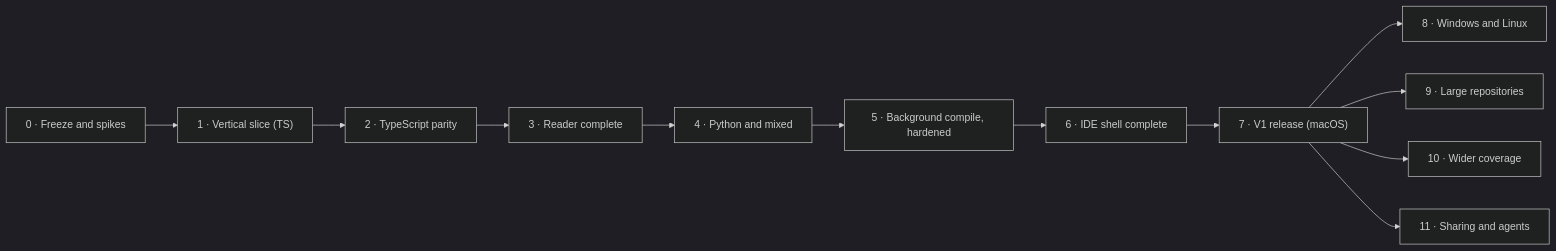
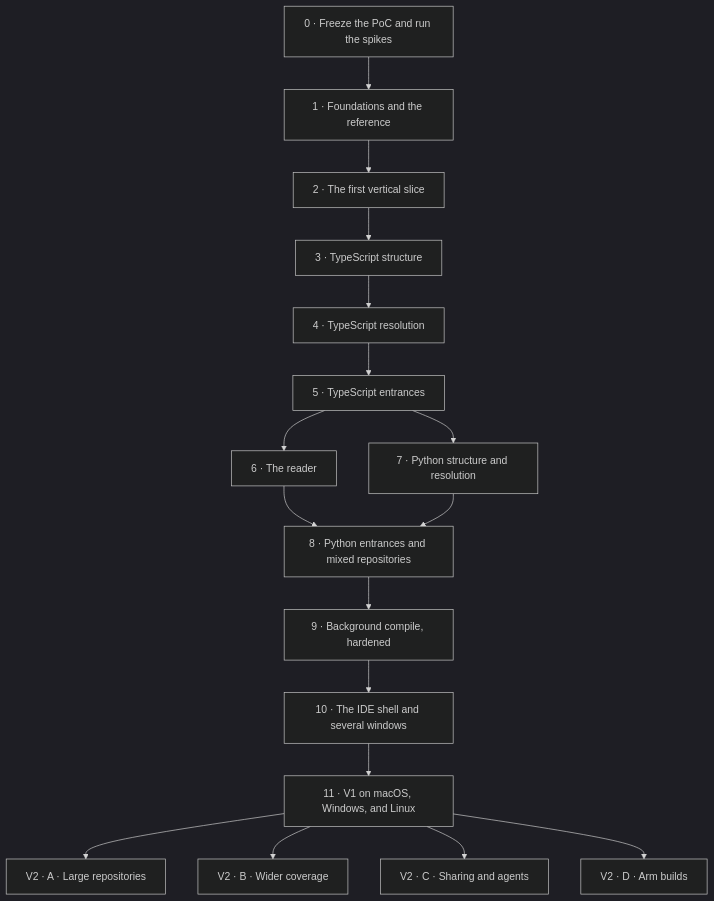
One commit to Lazar-Agoev/unfold changed the diagram in docs/migration-plan.md. Above: the diagram before and after it, drawn with Mermaid (dark theme). The commit also changed other lines of this file and 2566 other files, not shown here.

````diff
--- a/docs/migration-plan.md
+++ b/docs/migration-plan.md
@@ -97,14 +125,19 @@
 ```mermaid
-flowchart LR
-    P0["0 · Freeze and spikes"] --> P1["1 · Vertical slice (TS)"]
-    P1 --> P2["2 · TypeScript parity"]
-    P2 --> P3["3 · Reader complete"]
-    P3 --> P4["4 · Python and mixed"]
-    P4 --> P5["5 · Background compile, hardened"]
-    P5 --> P6["6 · IDE shell complete"]
-    P6 --> P7["7 · V1 release (macOS)"]
-    P7 --> P8["8 · Windows and Linux"]
-    P7 --> P9["9 · Large repositories"]
-    P7 --> P10["10 · Wider coverage"]
-    P7 --> P11["11 · Sharing and agents"]
+flowchart TD
+    S0["0 · Freeze the PoC and run the spikes"] --> S1["1 · Foundations and the reference"]
+    S1 --> S2["2 · The first vertical slice"]
+    S2 --> S3["3 · TypeScript structure"]
+    S3 --> S4["4 · TypeScript resolution"]
+    S4 --> S5["5 · TypeScript entrances"]
+    S5 --> S6["6 · The reader"]
+    S5 --> S7["7 · Python structure and resolution"]
+    S6 --> S8["8 · Python entrances and mixed repositories"]
+    S7 --> S8
+    S8 --> S9["9 · Background compile, hardened"]
+    S9 --> S10["10 · The IDE shell and several windows"]
+    S10 --> S11["11 · V1 on macOS, Windows, and Linux"]
+    S11 --> A["V2 · A · Large repositories"]
+    S11 --> B["V2 · B · Wider coverage"]
+    S11 --> C["V2 · C · Sharing and agents"]
+    S11 --> D["V2 · D · Arm builds"]
 ```
````
